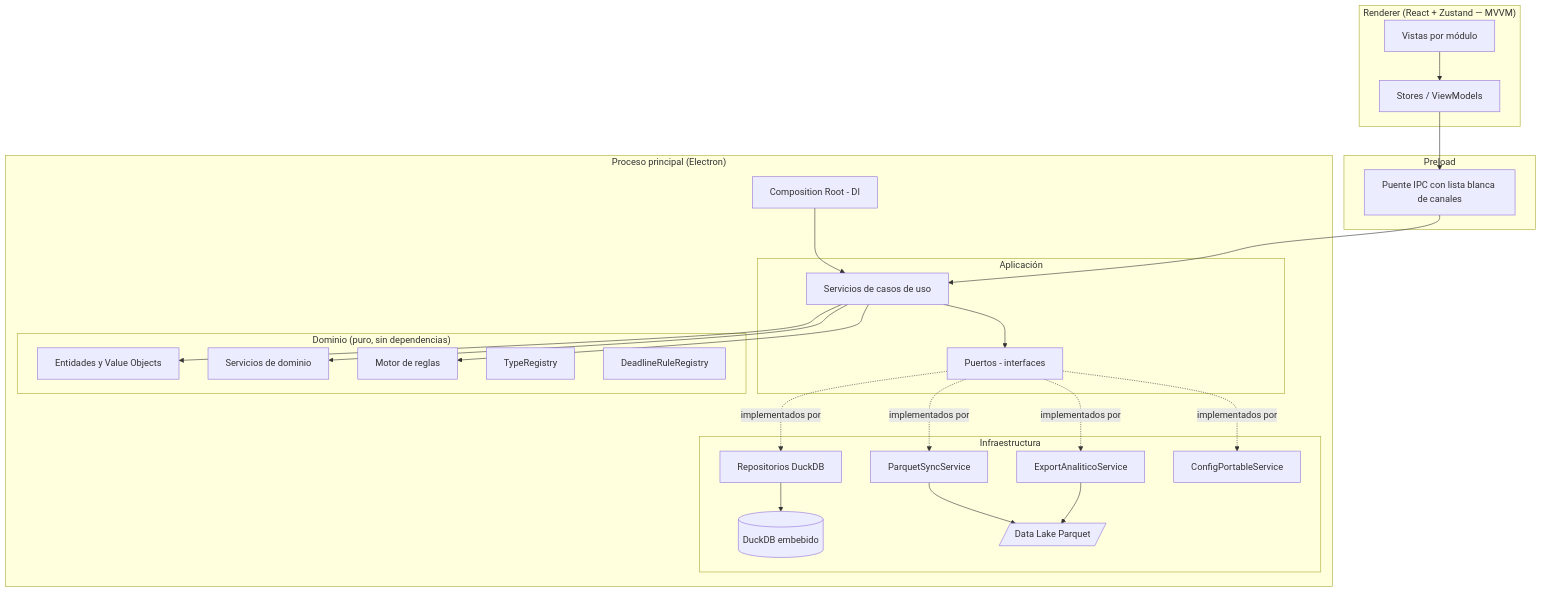
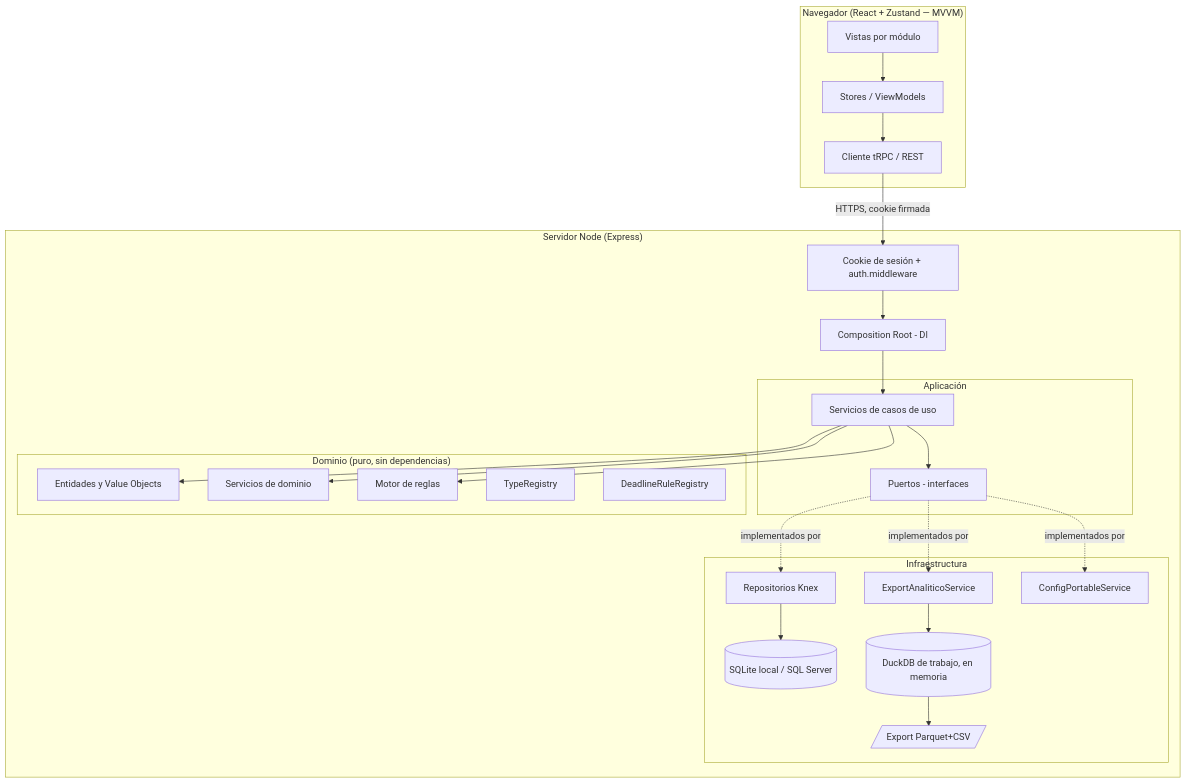
Before and after one commit to Juanfrank/KPITracker: the first of 3 diagrams in docs/01-arquitectura.md, drawn with Mermaid. The commit also changed other lines of this file and 16 other files, not shown here.

````diff
--- a/docs/01-arquitectura.md
+++ b/docs/01-arquitectura.md
@@ -26,31 +28,29 @@
 ```mermaid
 graph TD
-    subgraph Renderer["Renderer (React + Zustand — MVVM)"]
+    subgraph Browser["Navegador (React + Zustand — MVVM)"]
         V[Vistas por módulo] --> VM[Stores / ViewModels]
+        VM --> TC[Cliente tRPC / REST]
     end
-    subgraph Preload
-        B[Puente IPC con lista blanca de canales]
-    end
-    subgraph Main["Proceso principal (Electron)"]
+    subgraph Server["Servidor Node (Express)"]
+        AUTH[Cookie de sesión + auth.middleware] --> CR
         CR[Composition Root - DI] --> UC
         subgraph Application["Aplicación"]
             UC[Servicios de casos de uso] --> P[Puertos - interfaces]
         end
         subgraph Domain["Dominio (puro, sin dependencias)"]
             E[Entidades y Value Objects]
             S[Servicios de dominio]
             R[Motor de reglas]
             T[TypeRegistry]
             D[DeadlineRuleRegistry]
         end
         subgraph Infrastructure["Infraestructura"]
-            REP[Repositorios DuckDB] --> DB[(DuckDB embebido)]
-            SYNC[ParquetSyncService] --> PQ[/Data Lake Parquet/]
-            EXP[ExportAnaliticoService] --> PQ
+            REP[Repositorios Knex] --> DB[(SQLite local / SQL Server)]
+            EXP[ExportAnaliticoService] --> DUCK[(DuckDB de trabajo, en memoria)] --> PQ[/Export Parquet+CSV/]
             CP[ConfigPortableService]
         end
     end
-    VM --> B --> UC
+    TC -->|HTTPS, cookie firmada| AUTH
     UC --> E & S & R
-    P -.implementados por.-> REP & SYNC & EXP & CP
+    P -.implementados por.-> REP & EXP & CP
 ```
````
